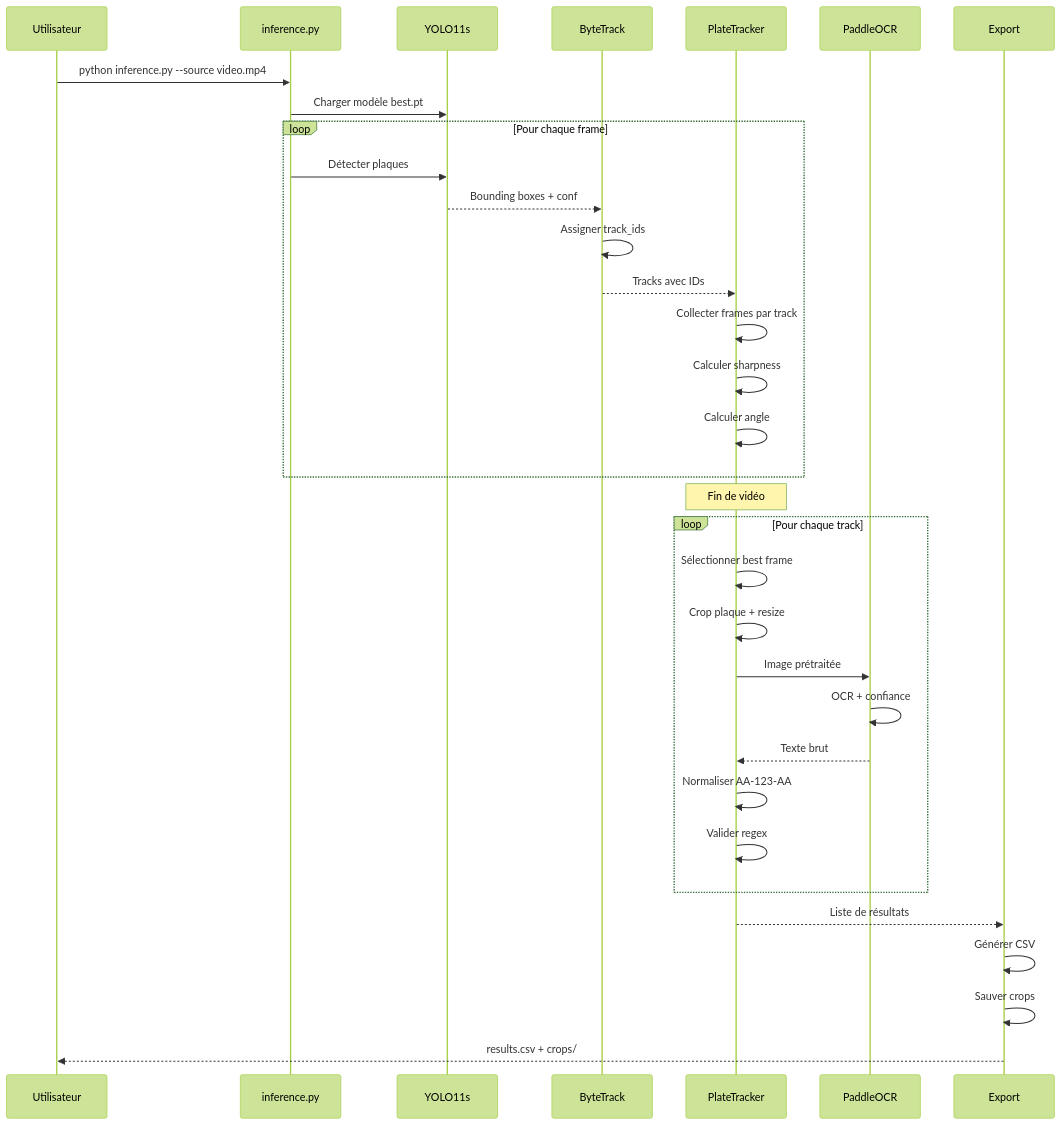
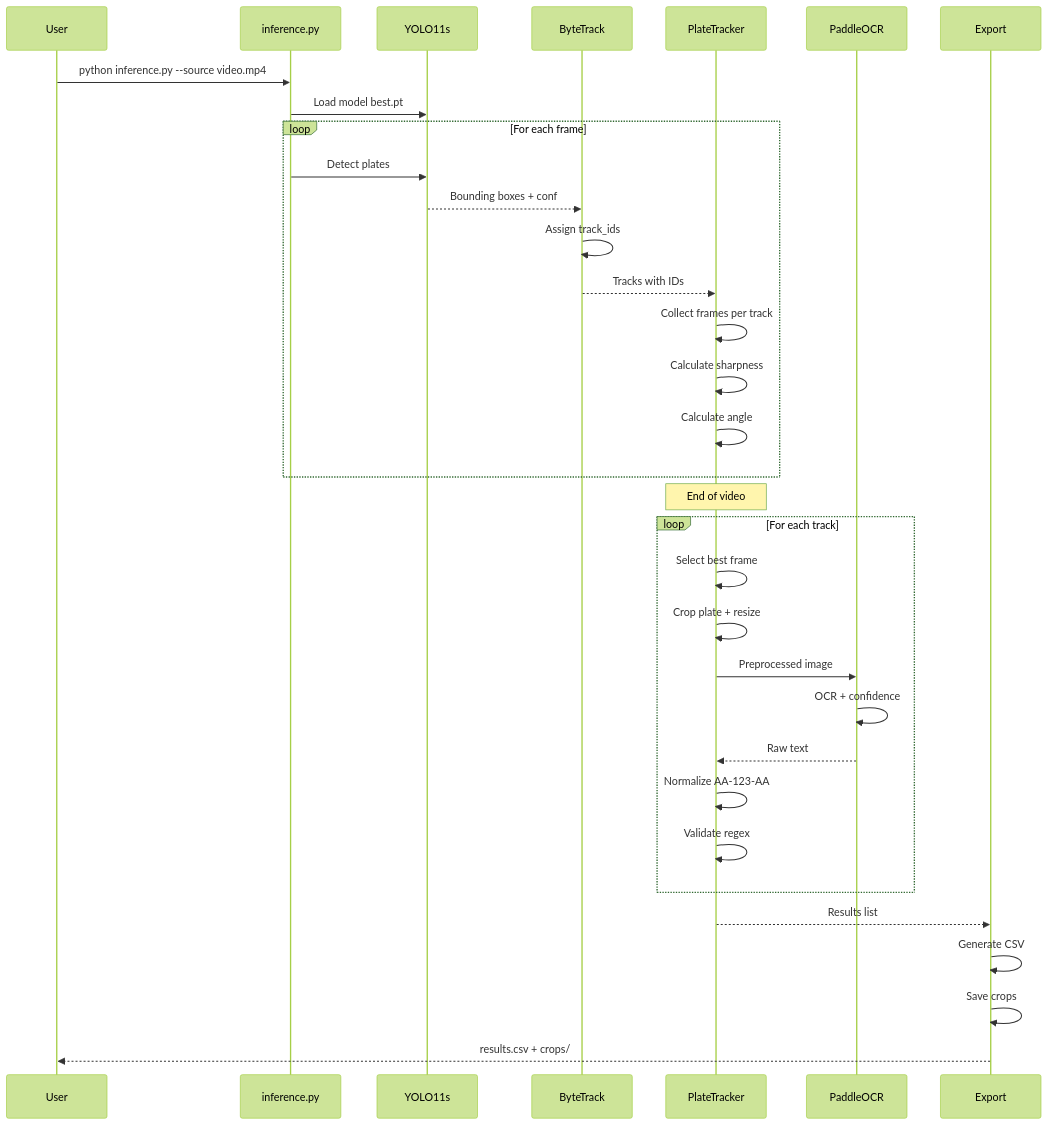
Before and after one commit to brayedna/alpr-fine-tuned-FR-yolov8: the third of 5 diagrams in README.md, drawn with Mermaid (forest theme). The commit also changed other lines of this file, not shown here.

````diff
--- a/README.md
+++ b/README.md
@@ -427,42 +427,42 @@
 ```mermaid
 sequenceDiagram
-    participant U as Utilisateur
+    participant U as User
     participant I as inference.py
     participant Y as YOLO11s
     participant B as ByteTrack
     participant P as PlateTracker
     participant O as PaddleOCR
     participant E as Export
 
     U->>I: python inference.py --source video.mp4
-    I->>Y: Charger modèle best.pt
+    I->>Y: Load model best.pt
 
-    loop Pour chaque frame
-        I->>Y: Détecter plaques
+    loop For each frame
+        I->>Y: Detect plates
         Y-->>B: Bounding boxes + conf
-        B->>B: Assigner track_ids
-        B-->>P: Tracks avec IDs
+        B->>B: Assign track_ids
+        B-->>P: Tracks with IDs
 
-        P->>P: Collecter frames par track
-        P->>P: Calculer sharpness
-        P->>P: Calculer angle
+        P->>P: Collect frames per track
+        P->>P: Calculate sharpness
+        P->>P: Calculate angle
     end
 
-    Note over P: Fin de vidéo
+    Note over P: End of video
 
-    loop Pour chaque track
-        P->>P: Sélectionner best frame
-        P->>P: Crop plaque + resize
-        P->>O: Image prétraitée
-        O->>O: OCR + confiance
-        O-->>P: Texte brut
+    loop For each track
+        P->>P: Select best frame
+        P->>P: Crop plate + resize
+        P->>O: Preprocessed image
+        O->>O: OCR + confidence
+        O-->>P: Raw text
 
-        P->>P: Normaliser AA-123-AA
-        P->>P: Valider regex
+        P->>P: Normalize AA-123-AA
+        P->>P: Validate regex
     end
 
-    P-->>E: Liste de résultats
-    E->>E: Générer CSV
-    E->>E: Sauver crops
+    P-->>E: Results list
+    E->>E: Generate CSV
+    E->>E: Save crops
     E-->>U: results.csv + crops/
 ```
````
